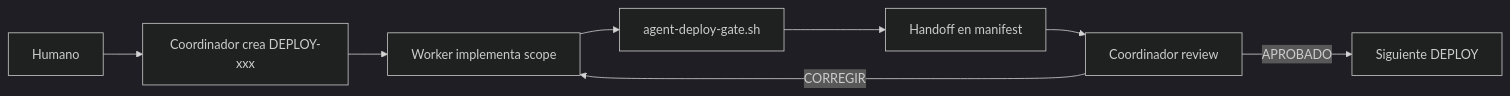
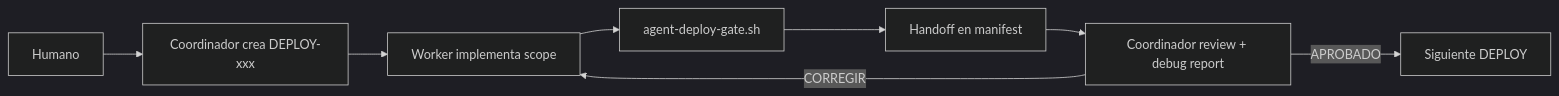
Before and after one commit to Cepe-S/haxserver2: the second of 2 diagrams in docs/AGENT-DEPLOY.md, drawn with Mermaid (dark theme). The commit also changed other lines of this file and 65 other files, not shown here.

````diff
--- a/docs/AGENT-DEPLOY.md
+++ b/docs/AGENT-DEPLOY.md
@@ -27,10 +58,10 @@
 ```mermaid
 flowchart LR
   H[Humano] --> C[Coordinador crea DEPLOY-xxx]
   C --> W[Worker implementa scope]
   W --> G[agent-deploy-gate.sh]
   G --> Hnd[Handoff en manifest]
-  Hnd --> R[Coordinador review]
+  Hnd --> R[Coordinador review + debug report]
   R -->|APROBADO| N[Siguiente DEPLOY]
   R -->|CORREGIR| W
 ```
````
